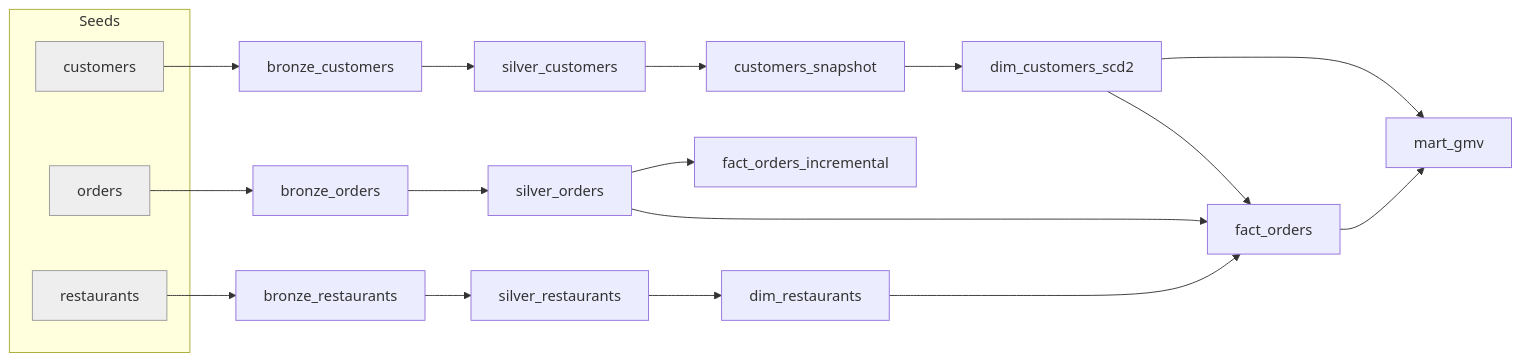
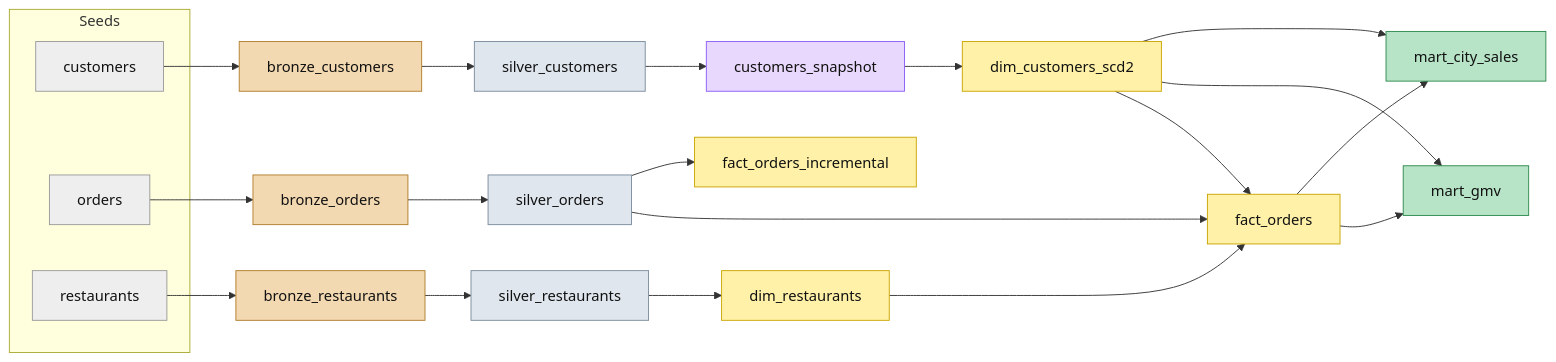
The first of 2 diagrams in README.md (Kartz429/food-delivery-dbt-project), drawn with Mermaid before and after one commit. The commit also changed other lines of this file, not shown here.

Commit message:
docs: rewrite README with charts, layered lineage diagram and CI badge

````diff
--- a/README.md
+++ b/README.md
@@ -12,20 +22,27 @@
 ```mermaid
 flowchart LR
   subgraph Seeds
-    c[customers]:::s
-    o[orders]:::s
-    r[restaurants]:::s
+    c[customers]:::seed
+    o[orders]:::seed
+    r[restaurants]:::seed
   end
-  c --> bc[bronze_customers] --> sc[silver_customers]
-  o --> bo[bronze_orders] --> so[silver_orders]
-  r --> br[bronze_restaurants] --> sr[silver_restaurants]
-  sc --> snap[customers_snapshot] --> dc[dim_customers_scd2]
-  sr --> dr[dim_restaurants]
-  so --> f[fact_orders]
+  c --> bc[bronze_customers]:::bronze --> sc[silver_customers]:::silver
+  o --> bo[bronze_orders]:::bronze --> so[silver_orders]:::silver
+  r --> br[bronze_restaurants]:::bronze --> sr[silver_restaurants]:::silver
+  sc --> snap[customers_snapshot]:::snap --> dc[dim_customers_scd2]:::gold
+  sr --> dr[dim_restaurants]:::gold
+  so --> f[fact_orders]:::gold
   dc --> f
   dr --> f
-  f --> gmv[mart_gmv]
+  f --> gmv[mart_gmv]:::mart
   dc --> gmv
-  so --> inc[fact_orders_incremental]
-  classDef s fill:#eee,stroke:#999;
+  f --> city[mart_city_sales]:::mart
+  dc --> city
+  so --> inc[fact_orders_incremental]:::gold
+  classDef seed fill:#eeeeee,stroke:#999,color:#111;
+  classDef bronze fill:#f3d9b1,stroke:#b07d2b,color:#111;
+  classDef silver fill:#dfe6ee,stroke:#7a8b9c,color:#111;
+  classDef snap fill:#e9d8fd,stroke:#8b5cf6,color:#111;
+  classDef gold fill:#fff2a8,stroke:#c9a400,color:#111;
+  classDef mart fill:#b7e4c7,stroke:#2d8a4e,color:#111;
 ```
````
